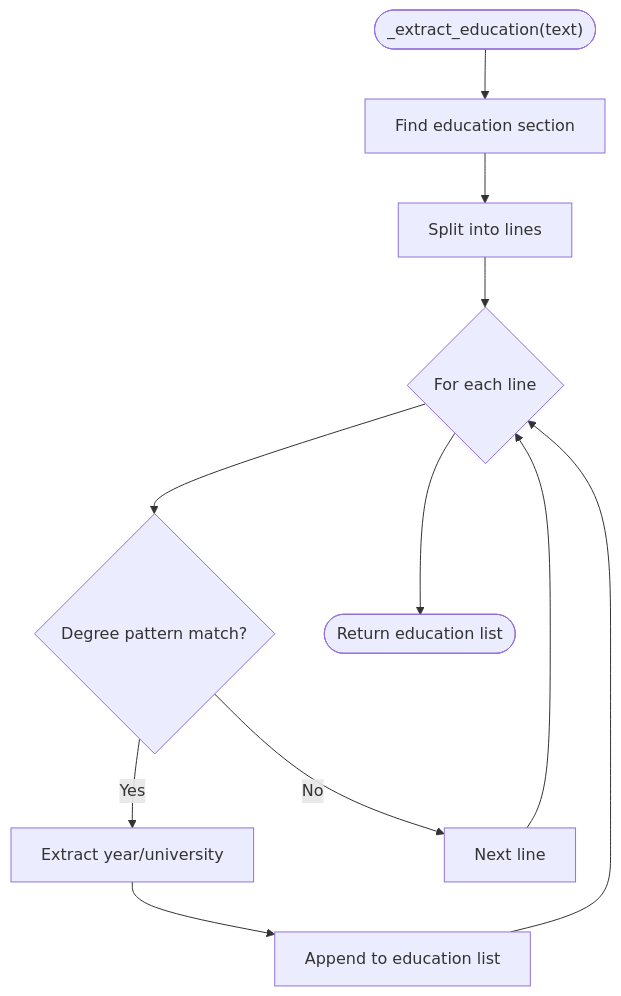
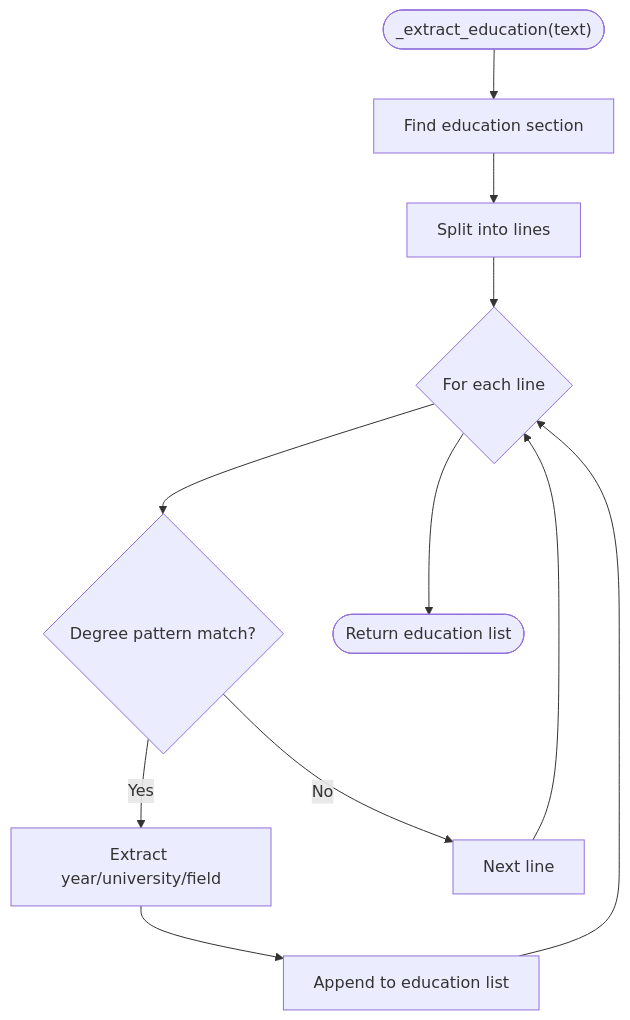
One commit to Revanththetalogics/aireume changed diagram 16 of 19 in .qoder/repowiki/en/content/Analysis Engine/Parser Service.md. Above: the diagram before and after it, drawn with Mermaid. The commit also changed other lines of this file and 41 other files, not shown here.

````diff
--- a/.qoder/repowiki/en/content/Analysis Engine/Parser Service.md
+++ b/.qoder/repowiki/en/content/Analysis Engine/Parser Service.md
@@ -622,13 +726,13 @@
 ```mermaid
 flowchart TD
 StartEdu(["_extract_education(text)"]) --> Section["Find education section"]
 Section --> Lines["Split into lines"]
 Lines --> ForEach{"For each line"}
 ForEach --> Degree{"Degree pattern match?"}
-Degree --> |Yes| Fields["Extract year/university"]
+Degree --> |Yes| Fields["Extract year/university/field"]
 Fields --> Add["Append to education list"]
 Degree --> |No| Next["Next line"]
 Add --> ForEach
 Next --> ForEach
 ForEach --> EndEdu(["Return education list"])
 ```
````
